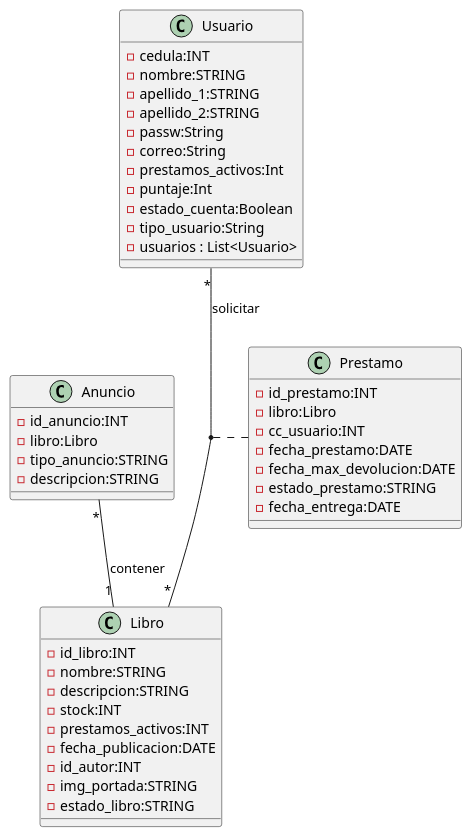
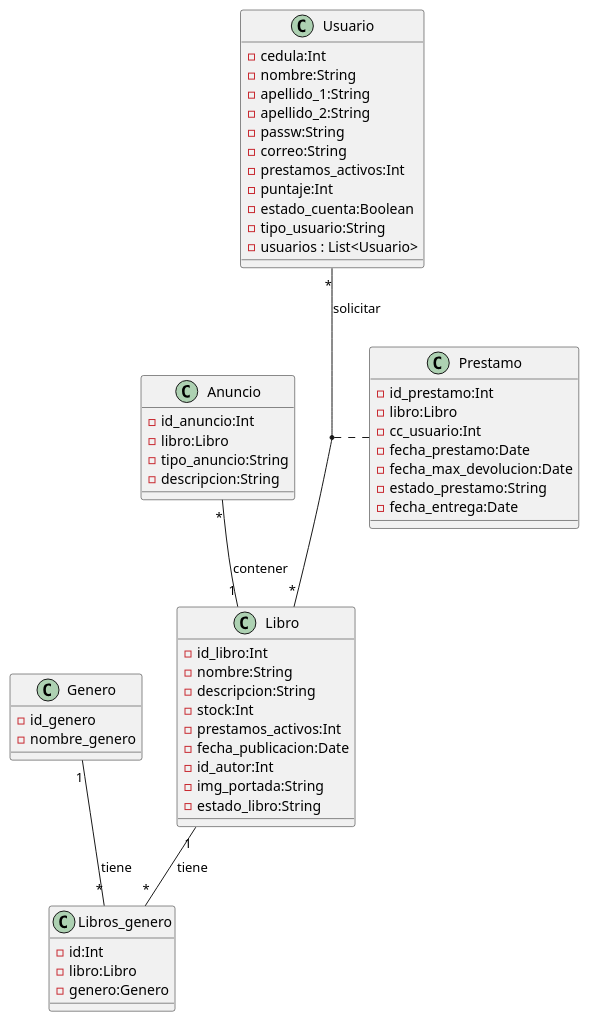
Before and after one commit to ImJuanPt/Libread_Gestor_De_Bibliotecas: the diagram in arquitectura/diagrama.puml, drawn with PlantUML. The commit also changed 61 other files, not shown here.

```diff
--- a/arquitectura/diagrama.puml
+++ b/arquitectura/diagrama.puml
@@ -1,50 +1,62 @@
 @startuml
 class Anuncio{
-    - id_anuncio:INT
+    - id_anuncio:Int
     - libro:Libro
-    - tipo_anuncio:STRING
-    - descripcion:STRING
+    - tipo_anuncio:String
+    - descripcion:String
 }
 class Prestamo{
-    - id_prestamo:INT
+    - id_prestamo:Int
     - libro:Libro
-    - cc_usuario:INT
-    - fecha_prestamo:DATE
-    - fecha_max_devolucion:DATE
-    - estado_prestamo:STRING
-    - fecha_entrega:DATE
+    - cc_usuario:Int
+    - fecha_prestamo:Date
+    - fecha_max_devolucion:Date
+    - estado_prestamo:String
+    - fecha_entrega:Date
 }
 
 class Libro{
-    - id_libro:INT
-    - nombre:STRING
-    - descripcion:STRING
-    - stock:INT
-    - prestamos_activos:INT
-    - fecha_publicacion:DATE
-    - id_autor:INT
-    - img_portada:STRING
-    - estado_libro:STRING
+    - id_libro:Int
+    - nombre:String
+    - descripcion:String
+    - stock:Int
+    - prestamos_activos:Int
+    - fecha_publicacion:Date
+    - id_autor:Int
+    - img_portada:String
+    - estado_libro:String
+}
+
+class Libros_genero{
+    - id:Int
+    - libro:Libro
+    - genero:Genero
+}
+class Genero{
+    - id_genero
+    - nombre_genero
 }
 
 class Usuario{
-    - cedula:INT
-    - nombre:STRING
-    - apellido_1:STRING
-    - apellido_2:STRING
+    - cedula:Int
+    - nombre:String
+    - apellido_1:String
+    - apellido_2:String
     - passw:String
     - correo:String
     - prestamos_activos:Int
     - puntaje:Int
     - estado_cuenta:Boolean
     - tipo_usuario:String
     - usuarios : List<Usuario>
 }
 
 Anuncio "*"--"1" Libro : contener
 Usuario "*"--"*" Libro : solicitar
+Libro "1"--"*" Libros_genero : tiene
+Genero "1"--"*" Libros_genero : tiene
 (Usuario, Libro) .. Prestamo
 
 
 
 @enduml
```
